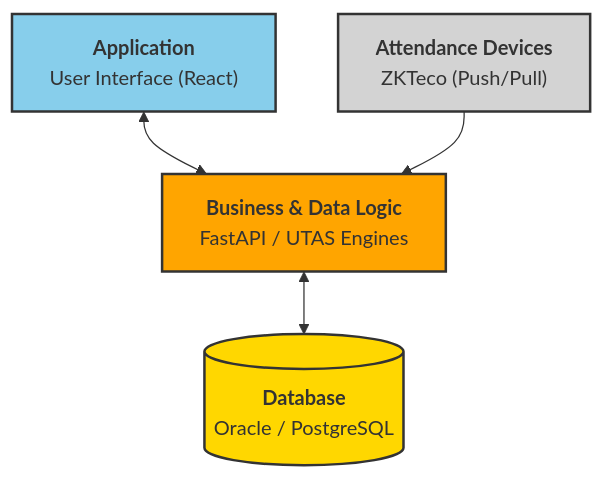
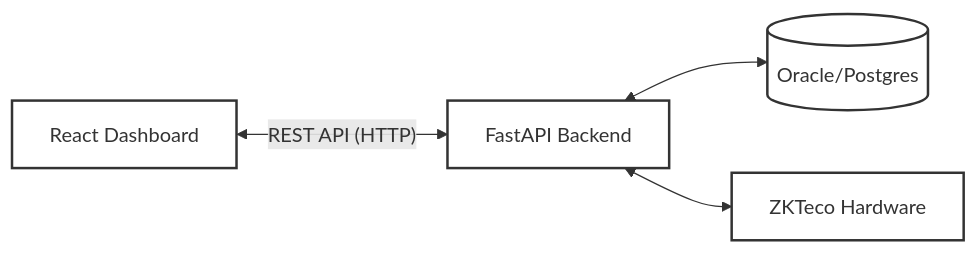
Before and after one commit to TahaImran1/UTAS: the first of 3 diagrams in docs/ARCHITECTURE.md, drawn with Mermaid. The commit also changed other lines of this file and 114 other files, not shown here.

````diff
--- a/docs/ARCHITECTURE.md
+++ b/docs/ARCHITECTURE.md
@@ -9,16 +11,11 @@
 ```mermaid
-graph TD
-    UI["<b>Application</b><br/>User Interface (React)"]
-    Logic["<b>Business & Data Logic</b><br/>FastAPI / UTAS Engines"]
-    DB[("<b>Database</b><br/>Oracle / PostgreSQL")]
-    Devices["<b>Attendance Devices</b><br/>ZKTeco (Push/Pull)"]
+graph LR
+    Client[React Dashboard] <-->|"REST API (HTTP)"| Server[FastAPI Backend]
+    Server <--> DB[(Oracle/Postgres)]
+    Server <--> Devices[ZKTeco Hardware]
 
-    UI <--> Logic
-    Logic <--> DB
-    Devices --> Logic
-
-    style UI fill:#87CEEB,stroke:#333,stroke-width:2px
-    style Logic fill:#FFA500,stroke:#333,stroke-width:2px
-    style DB fill:#FFD700,stroke:#333,stroke-width:2px
-    style Devices fill:#D3D3D3,stroke:#333,stroke-width:2px
+    style Client fill:#fff,stroke:#333,stroke-width:2px
+    style Server fill:#fff,stroke:#333,stroke-width:2px
+    style DB fill:#fff,stroke:#333,stroke-width:2px
+    style Devices fill:#fff,stroke:#333,stroke-width:2px
 ```
````
